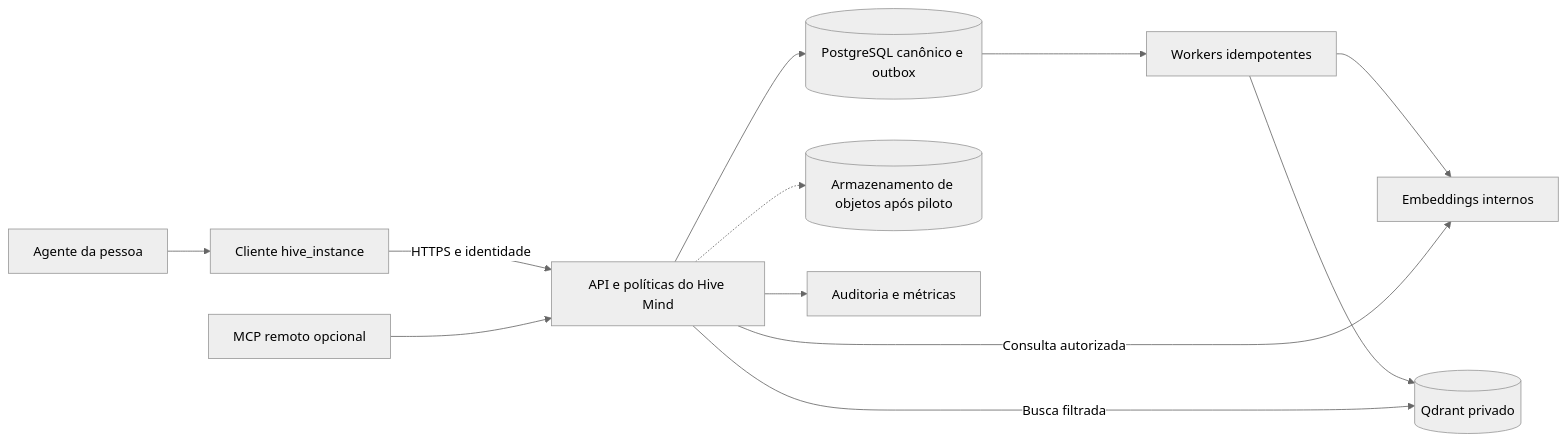
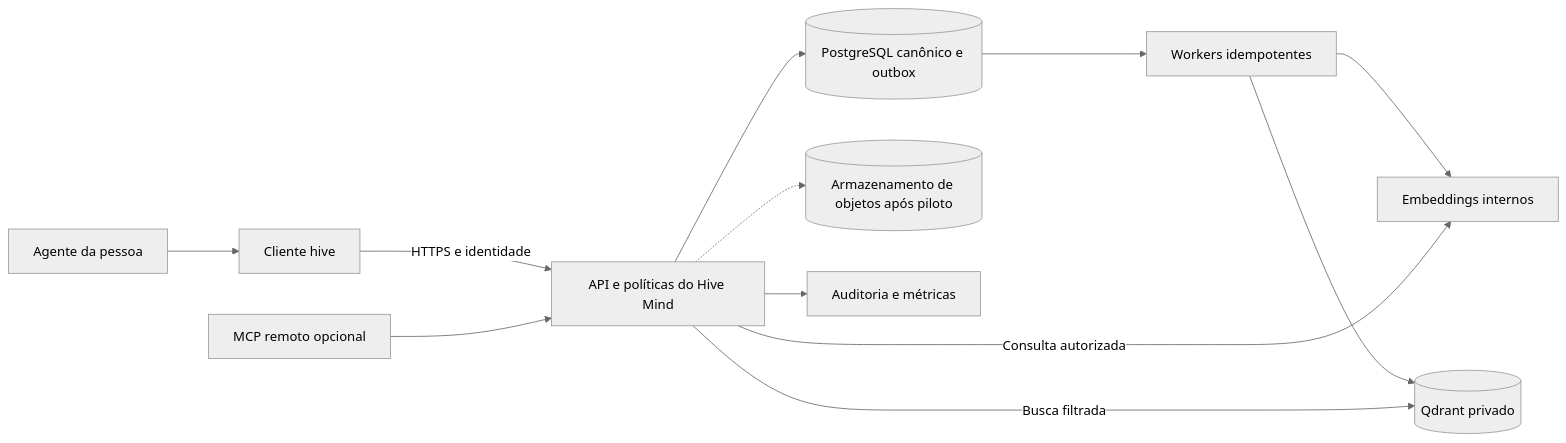
The diagram in PLANO_MELHORIA_E_LIMPEZA.md (H-I-V-E-Tec/hive_mind), drawn with Mermaid (neutral theme) before and after one commit. The commit also changed other lines of this file and 3 other files, not shown here.

First line of the commit message:
docs: replace legacy hive_instance client with the hive binary flow

````diff
--- a/PLANO_MELHORIA_E_LIMPEZA.md
+++ b/PLANO_MELHORIA_E_LIMPEZA.md
@@ -117,14 +116,14 @@
 ```mermaid
 flowchart LR
-    Agent[Agente da pessoa] --> Client[Cliente hive_instance]
+    Agent[Agente da pessoa] --> Client[Cliente hive]
     Client -->|HTTPS e identidade| API[API e políticas do Hive Mind]
     Remote[MCP remoto opcional] --> API
     API --> DB[(PostgreSQL canônico e outbox)]
     API -.-> Objects[(Armazenamento de objetos após piloto)]
     DB --> Workers[Workers idempotentes]
     Workers --> Embeddings[Embeddings internos]
     Workers --> Qdrant[(Qdrant privado)]
     API -->|Consulta autorizada| Embeddings
     API -->|Busca filtrada| Qdrant
     API --> Audit[Auditoria e métricas]
 ```
````
